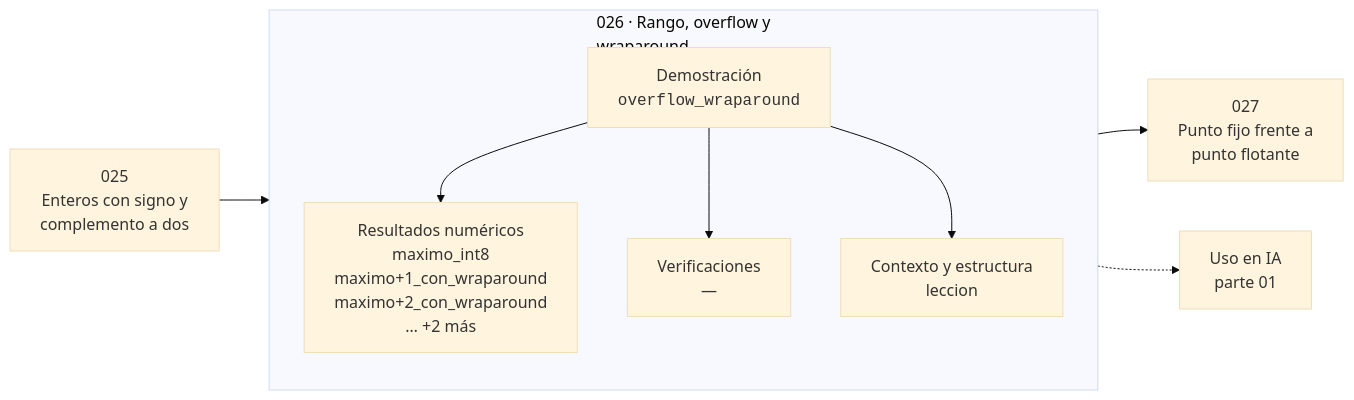
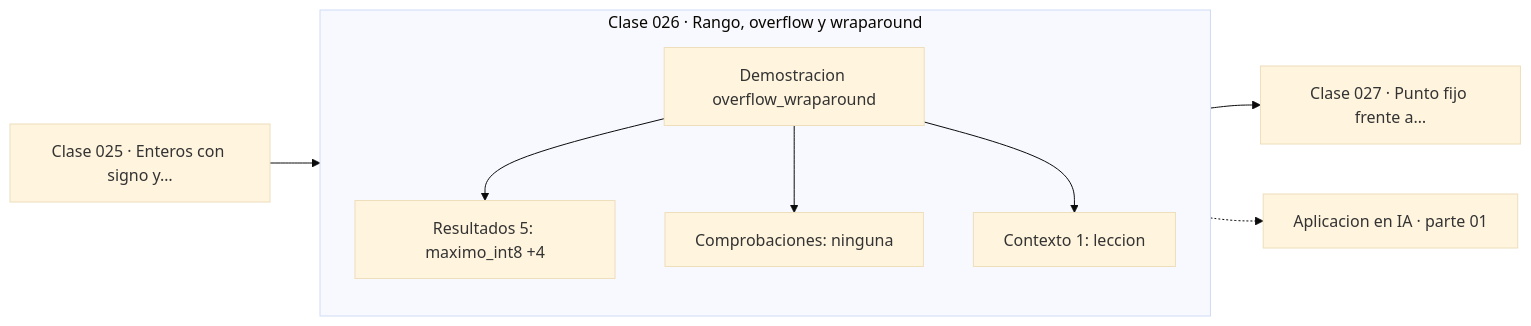
Before and after one commit to vladimiracunadev-create/computational-mathematics-program: the diagram in classes/part-01-aritmetica-computacional-y-representacion-numerica/026-rango-overflow-y-wraparound/README.md, drawn with Mermaid (base theme). The commit also changed 389 other files, not shown here.

First line of the commit message:
fix(diagramas): elimina el HTML de las etiquetas Mermaid

````diff
--- a/classes/part-01-aritmetica-computacional-y-representacion-numerica/026-rango-overflow-y-wraparound/README.md
+++ b/classes/part-01-aritmetica-computacional-y-representacion-numerica/026-rango-overflow-y-wraparound/README.md
@@ -35,12 +35,13 @@
 ```mermaid
 flowchart LR
-    P["025<br/>Enteros con signo y<br/>complemento a dos"] --> C
-    subgraph C["026 · Rango, overflow y<br/>wraparound"]
+    P["Clase 025 · Enteros con signo y…"] --> D
+    subgraph CLASE["Clase 026 · Rango, overflow y wraparound"]
         direction TB
-        D["Demostración<br/><code>overflow_wraparound</code>"] --> R["Resultados numéricos<br/>maximo_int8<br/>maximo+1_con_wraparound<br/>maximo+2_con_wraparound<br/>… +2 más"]
-        D --> V["Verificaciones<br/>—"]
-        D --> O["Contexto y estructura<br/>leccion"]
+        D["Demostracion overflow_wraparound"]
+        D --> R["Resultados 5: maximo_int8 +4"]
+        D --> V["Comprobaciones: ninguna"]
+        D --> O["Contexto 1: leccion"]
     end
-    C --> N["027<br/>Punto fijo frente a<br/>punto flotante"]
-    C -.-> IA["Uso en IA<br/>parte 01"]
+    R --> N["Clase 027 · Punto fijo frente a…"]
+    V -.-> IA["Aplicacion en IA · parte 01"]
 ```
````
